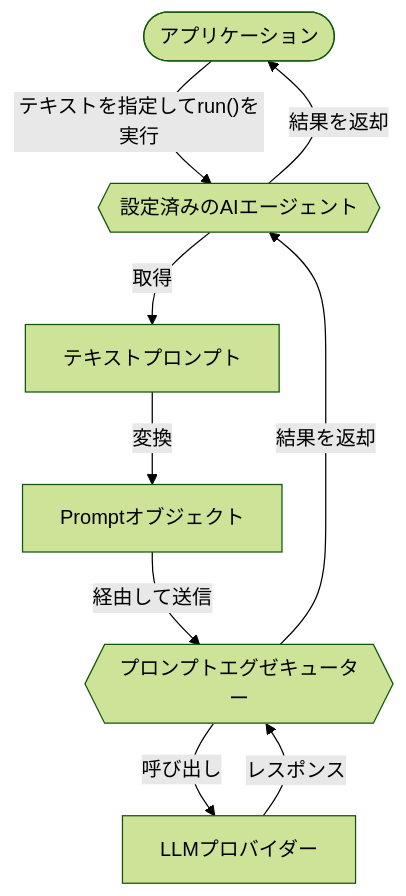
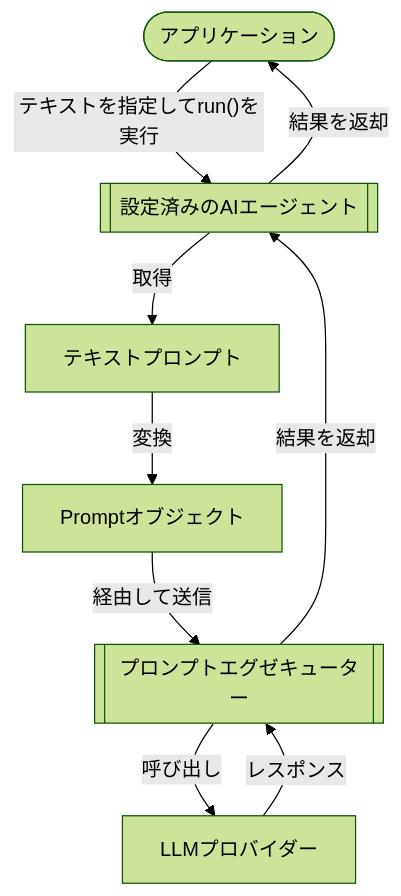
Before and after one commit to BinaryTape/Open-Docs: the second of 2 diagrams in docs/ja/koog/prompts/index.md, drawn with Mermaid (forest theme). The commit also changed 41 other files, not shown here.

````diff
--- a/docs/ja/koog/prompts/index.md
+++ b/docs/ja/koog/prompts/index.md
@@ -177,18 +177,18 @@
 ```mermaid
 flowchart TB
     A([アプリケーション])
-    B{{設定済みのAIエージェント}}
+    B[[設定済みのAIエージェント]]
     C["テキストプロンプト"]
     D["Promptオブジェクト"]
-    E{{プロンプトエグゼキューター}}
+    E[[プロンプトエグゼキューター]]
     F[LLMプロバイダー]
 
     A -->|"テキストを指定してrun()を実行"| B
     B -->|"取得"| C
     C -->|"変換"| D
     D -->|"経由して送信"| E
     E -->|"呼び出し"| F
     F -->|"レスポンス"| E
     E -->|"結果を返却"| B
     B -->|"結果を返却"| A
 ```
````
